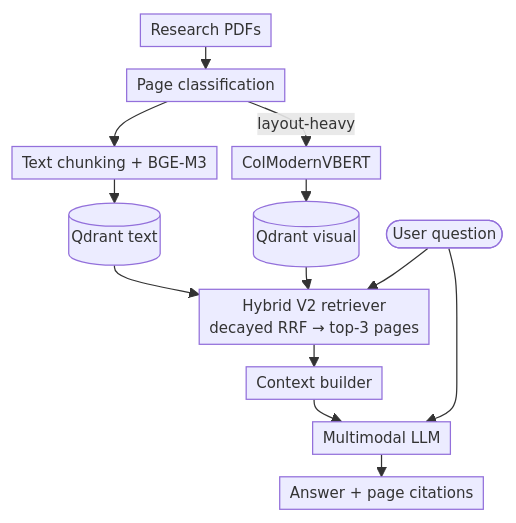
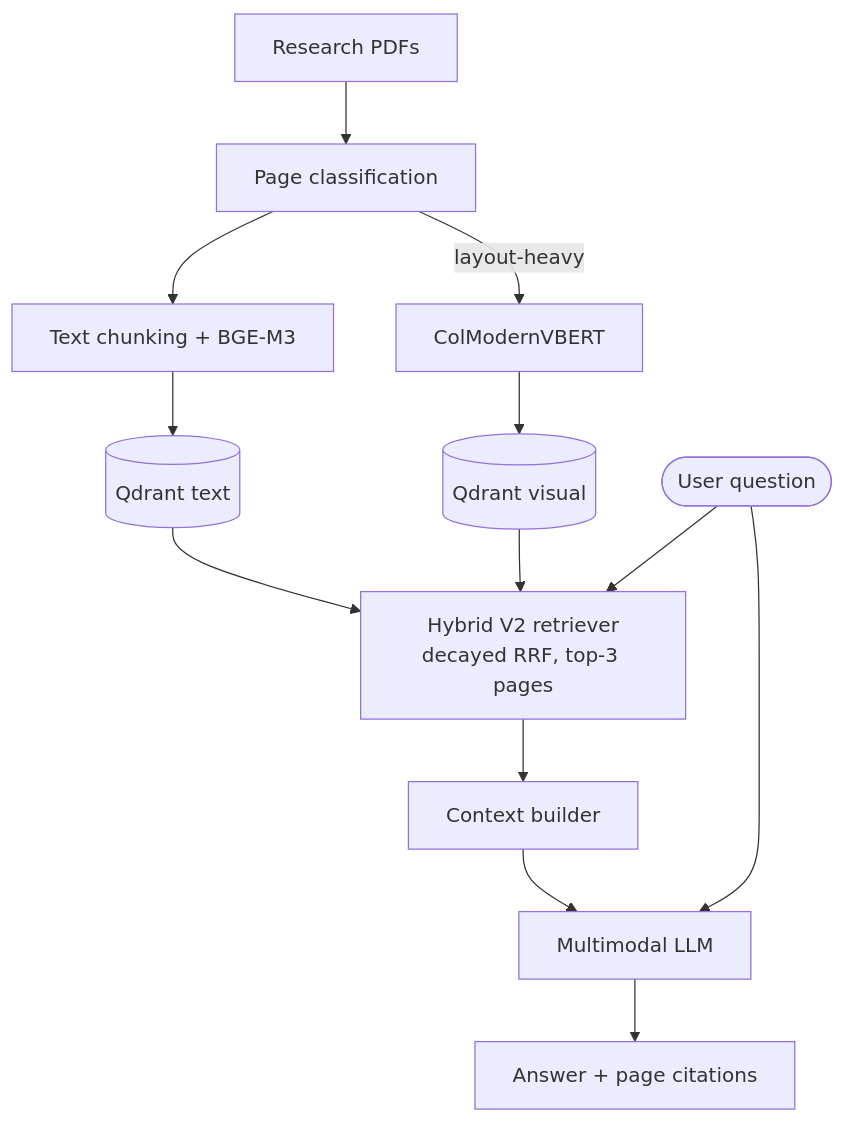
Before and after one commit to sagarrsv/hybrid_rag_for_complex_docs: the diagram in README.md, drawn with Mermaid.

````diff
--- a/README.md
+++ b/README.md
@@ -23,16 +23,15 @@
 ```mermaid
-%%{init: {'flowchart': {'nodeSpacing': 12, 'rankSpacing': 18, 'padding': 4}, 'themeVariables': {'fontSize': '12px'}}}%%
 flowchart TD
     A[Research PDFs] --> B[Page classification]
     B --> C[Text chunking + BGE-M3]
     B -->|layout-heavy| D[ColModernVBERT]
     C --> E[(Qdrant text)]
     D --> F[(Qdrant visual)]
-    E --> G[Hybrid V2 retriever<br/>decayed RRF → top-3 pages]
+    E --> G[Hybrid V2 retriever<br/>decayed RRF, top-3 pages]
     F --> G
     Q([User question]) --> G
     G --> H[Context builder]
     H --> I[Multimodal LLM]
     Q --> I
     I --> J[Answer + page citations]
 ```
````
